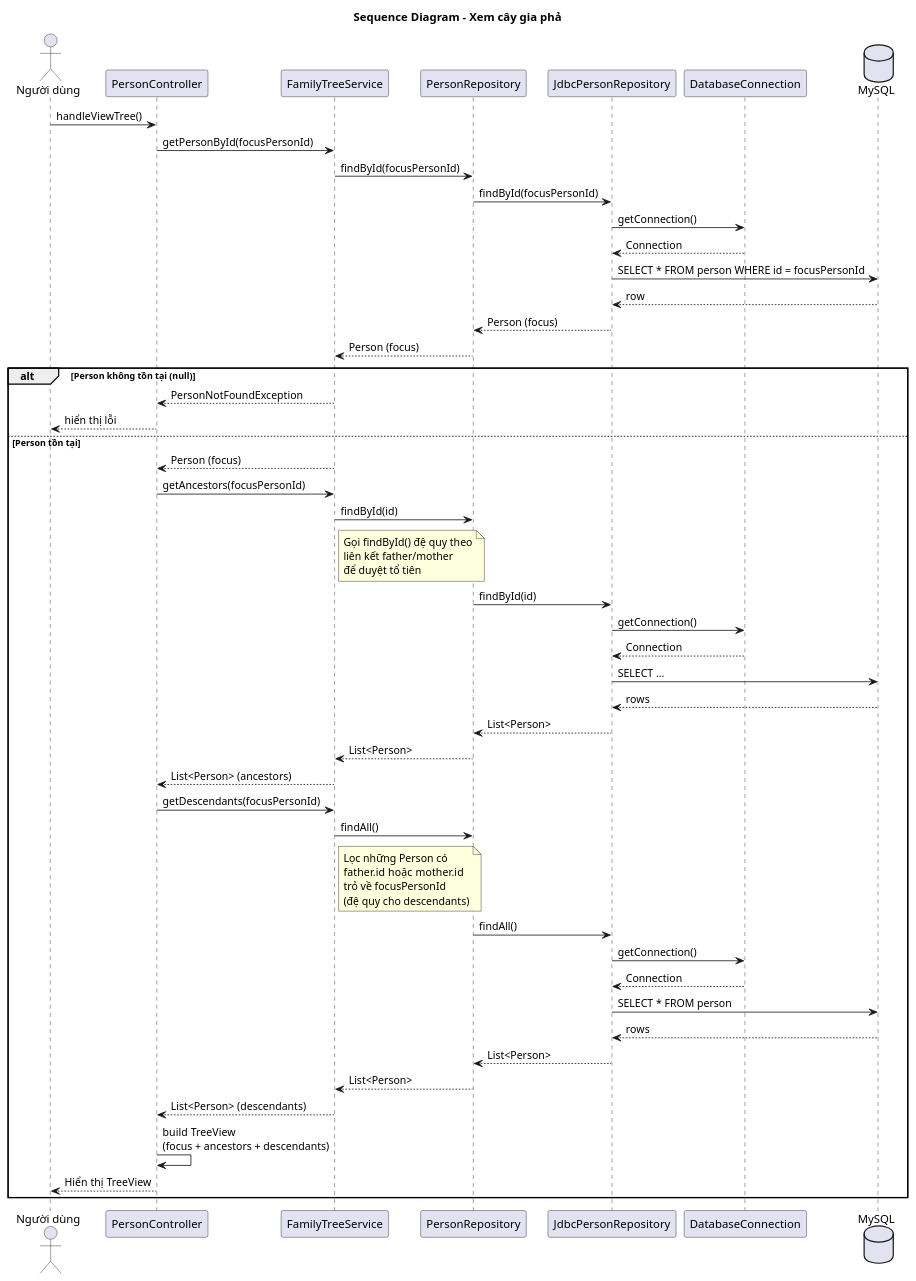
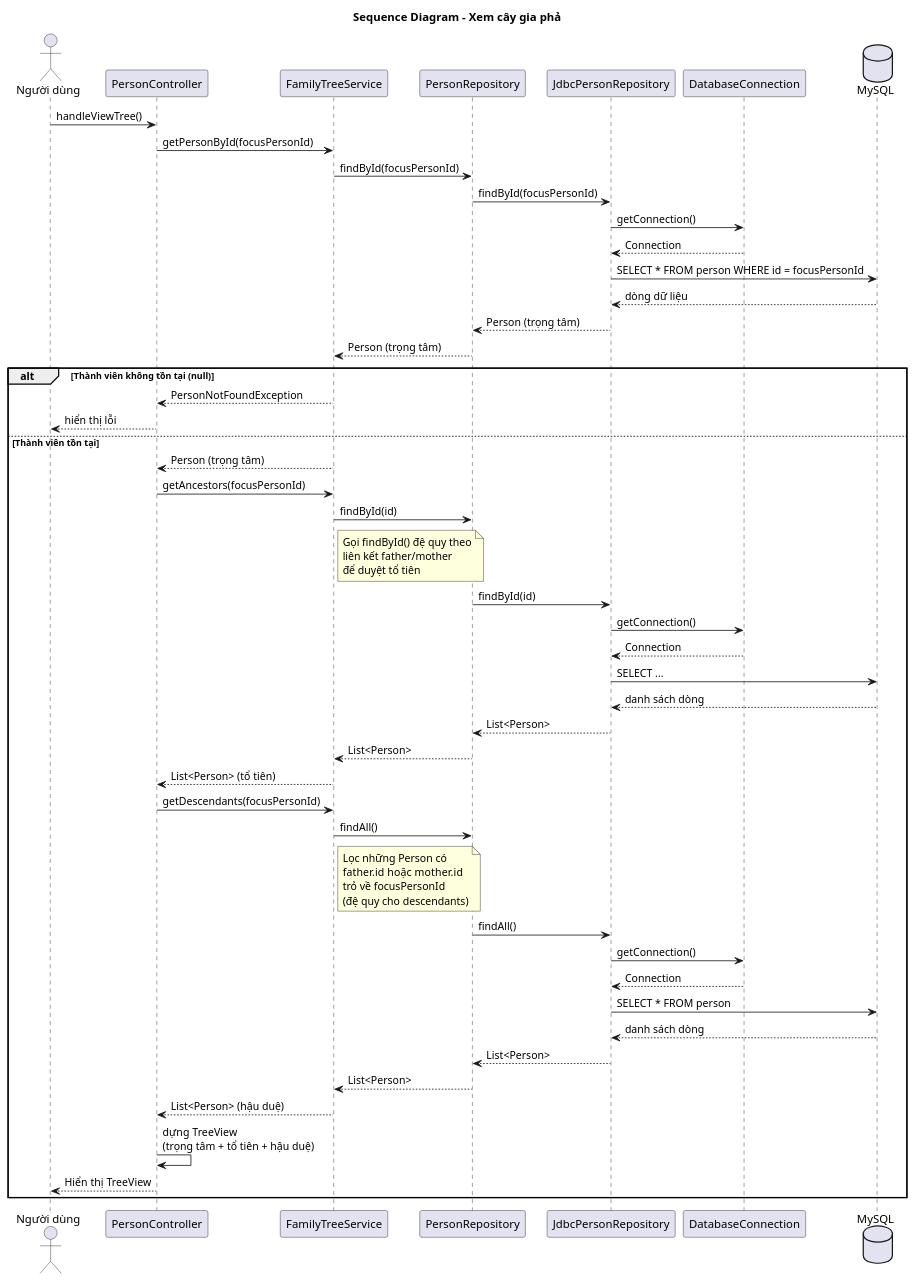
The diagram in docs/uml/sequence-family-tree.puml (minhchien170704/do-an-gia-pha), drawn with PlantUML before and after one commit. The commit also changed 21 other files, not shown here.

First line of the commit message:
docs(uml): dịch toàn bộ sơ đồ sang tiếng Việt + bổ sung bộ test View Layer (#1)

```diff
--- a/docs/uml/sequence-family-tree.puml
+++ b/docs/uml/sequence-family-tree.puml
@@ -1,71 +1,71 @@
 @startuml sequence-family-tree
 
 title Sequence Diagram - Xem cây gia phả
 
 actor "Người dùng" as User
 participant "PersonController" as Controller
 participant "FamilyTreeService" as Service
 participant "PersonRepository" as Repo
 participant "JdbcPersonRepository" as JdbcRepo
 participant "DatabaseConnection" as DBConn
 database "MySQL" as DB
 
 User -> Controller : handleViewTree()
 
 Controller -> Service : getPersonById(focusPersonId)
 Service -> Repo : findById(focusPersonId)
 Repo -> JdbcRepo : findById(focusPersonId)
 JdbcRepo -> DBConn : getConnection()
 DBConn --> JdbcRepo : Connection
 JdbcRepo -> DB : SELECT * FROM person WHERE id = focusPersonId
-DB --> JdbcRepo : row
-JdbcRepo --> Repo : Person (focus)
-Repo --> Service : Person (focus)
+DB --> JdbcRepo : dòng dữ liệu
+JdbcRepo --> Repo : Person (trọng tâm)
+Repo --> Service : Person (trọng tâm)
 
-alt Person không tồn tại (null)
+alt Thành viên không tồn tại (null)
     Service --> Controller : PersonNotFoundException
     Controller --> User : hiển thị lỗi
 
-else Person tồn tại
+else Thành viên tồn tại
 
-    Service --> Controller : Person (focus)
+    Service --> Controller : Person (trọng tâm)
 
     Controller -> Service : getAncestors(focusPersonId)
     Service -> Repo : findById(id)
     note right of Service
       Gọi findById() đệ quy theo
       liên kết father/mother
       để duyệt tổ tiên
     end note
     Repo -> JdbcRepo : findById(id)
     JdbcRepo -> DBConn : getConnection()
     DBConn --> JdbcRepo : Connection
     JdbcRepo -> DB : SELECT ...
-    DB --> JdbcRepo : rows
+    DB --> JdbcRepo : danh sách dòng
     JdbcRepo --> Repo : List<Person>
     Repo --> Service : List<Person>
-    Service --> Controller : List<Person> (ancestors)
+    Service --> Controller : List<Person> (tổ tiên)
 
     Controller -> Service : getDescendants(focusPersonId)
     Service -> Repo : findAll()
     note right of Service
       Lọc những Person có
       father.id hoặc mother.id
       trỏ về focusPersonId
       (đệ quy cho descendants)
     end note
     Repo -> JdbcRepo : findAll()
     JdbcRepo -> DBConn : getConnection()
     DBConn --> JdbcRepo : Connection
     JdbcRepo -> DB : SELECT * FROM person
-    DB --> JdbcRepo : rows
+    DB --> JdbcRepo : danh sách dòng
     JdbcRepo --> Repo : List<Person>
     Repo --> Service : List<Person>
-    Service --> Controller : List<Person> (descendants)
+    Service --> Controller : List<Person> (hậu duệ)
 
-    Controller -> Controller : build TreeView\n(focus + ancestors + descendants)
+    Controller -> Controller : dựng TreeView\n(trọng tâm + tổ tiên + hậu duệ)
     Controller --> User : Hiển thị TreeView
 
 end
 
 @enduml
```
